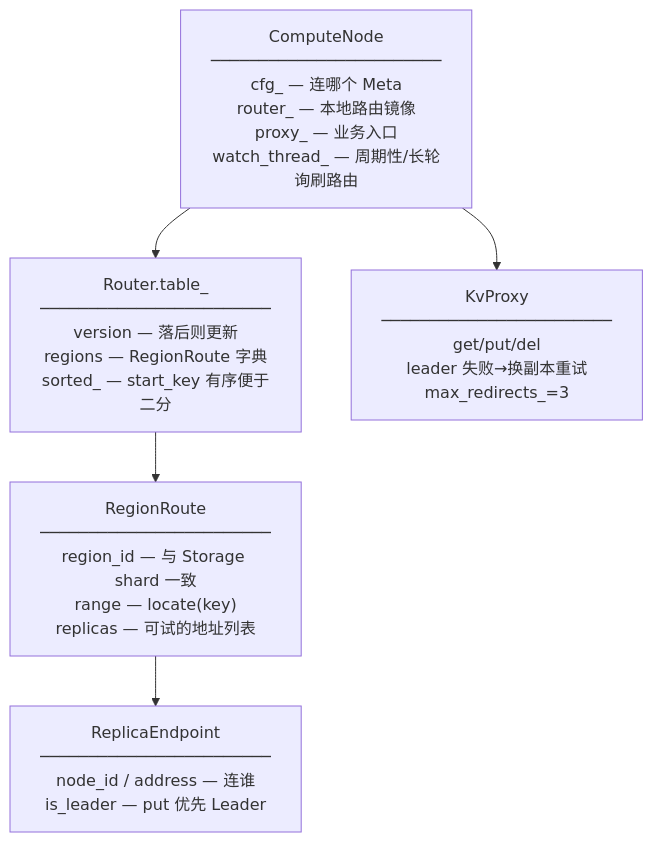
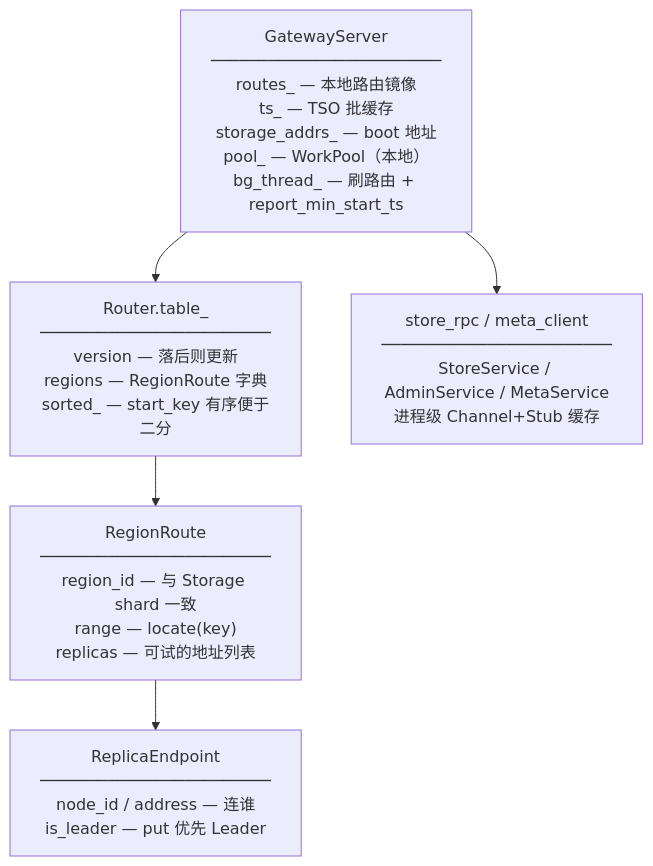
One commit to devotionalist/openkv changed the second of 3 diagrams in docs/topology/COMPUTE_DATA_TOPOLOGY.md. Above: the diagram before and after it, drawn with Mermaid. The commit also changed other lines of this file and 115 other files, not shown here.

First line of the commit message:
Unify async Store gRPC and drop ExecLine/Seastar leftovers.

````diff
--- a/docs/topology/COMPUTE_DATA_TOPOLOGY.md
+++ b/docs/topology/COMPUTE_DATA_TOPOLOGY.md
@@ -65,12 +74,12 @@
 ```mermaid
 flowchart TB
-  CN["ComputeNode<br/>────────────────────────<br/>cfg_ — 连哪个 Meta<br/>router_ — 本地路由镜像<br/>proxy_ — 业务入口<br/>watch_thread_ — 周期性/长轮询刷路由"]
+  GW["GatewayServer<br/>────────────────────────<br/>routes_ — 本地路由镜像<br/>ts_ — TSO 批缓存<br/>storage_addrs_ — boot 地址<br/>pool_ — WorkPool（本地）<br/>bg_thread_ — 刷路由 + report_min_start_ts"]
 
-  CN --> RT["Router.table_<br/>────────────────────────<br/>version — 落后则更新<br/>regions — RegionRoute 字典<br/>sorted_ — start_key 有序便于二分"]
+  GW --> RT["Router.table_<br/>────────────────────────<br/>version — 落后则更新<br/>regions — RegionRoute 字典<br/>sorted_ — start_key 有序便于二分"]
 
   RT --> RR["RegionRoute<br/>────────────────────────<br/>region_id — 与 Storage shard 一致<br/>range — locate(key)<br/>replicas — 可试的地址列表"]
 
   RR --> RE["ReplicaEndpoint<br/>────────────────────────<br/>node_id / address — 连谁<br/>is_leader — put 优先 Leader"]
 
-  CN --> KP["KvProxy<br/>────────────────────────<br/>get/put/del<br/>leader 失败→换副本重试<br/>max_redirects_=3"]
+  GW --> SR["store_rpc / meta_client<br/>────────────────────────<br/>StoreService / AdminService / MetaService<br/>进程级 Channel+Stub 缓存"]
 ```
````
